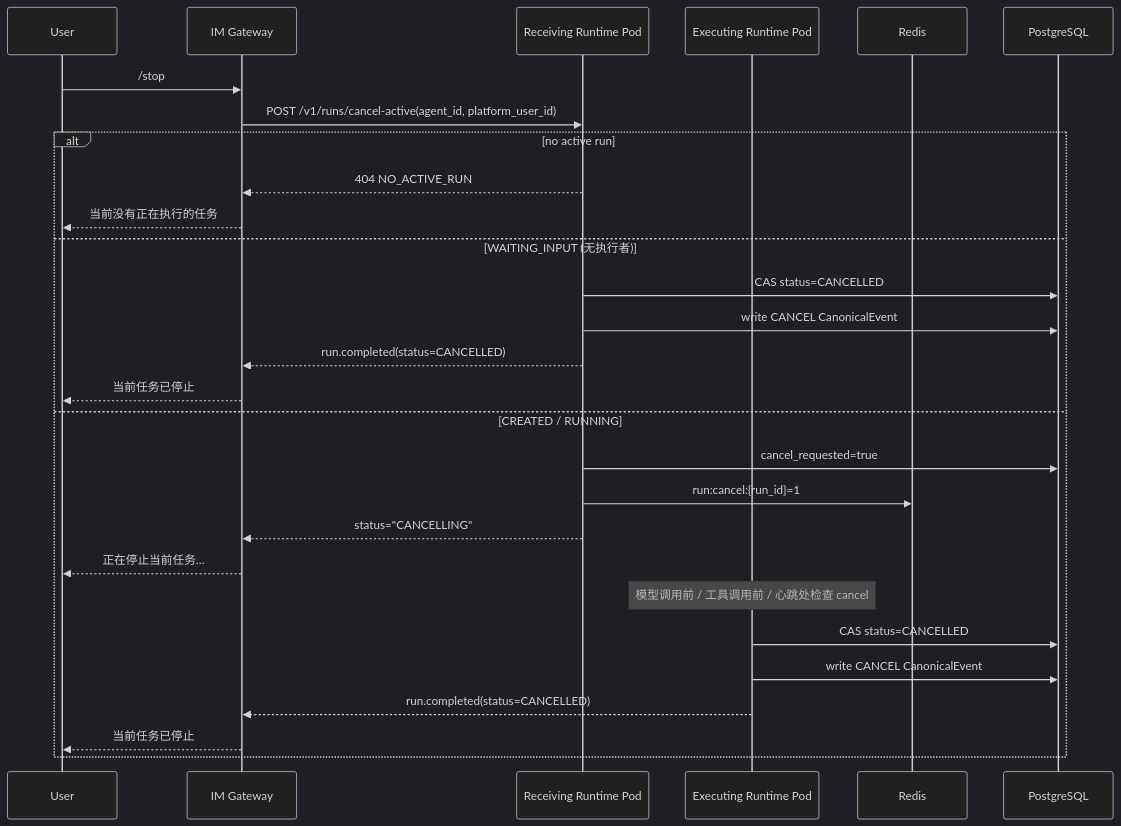
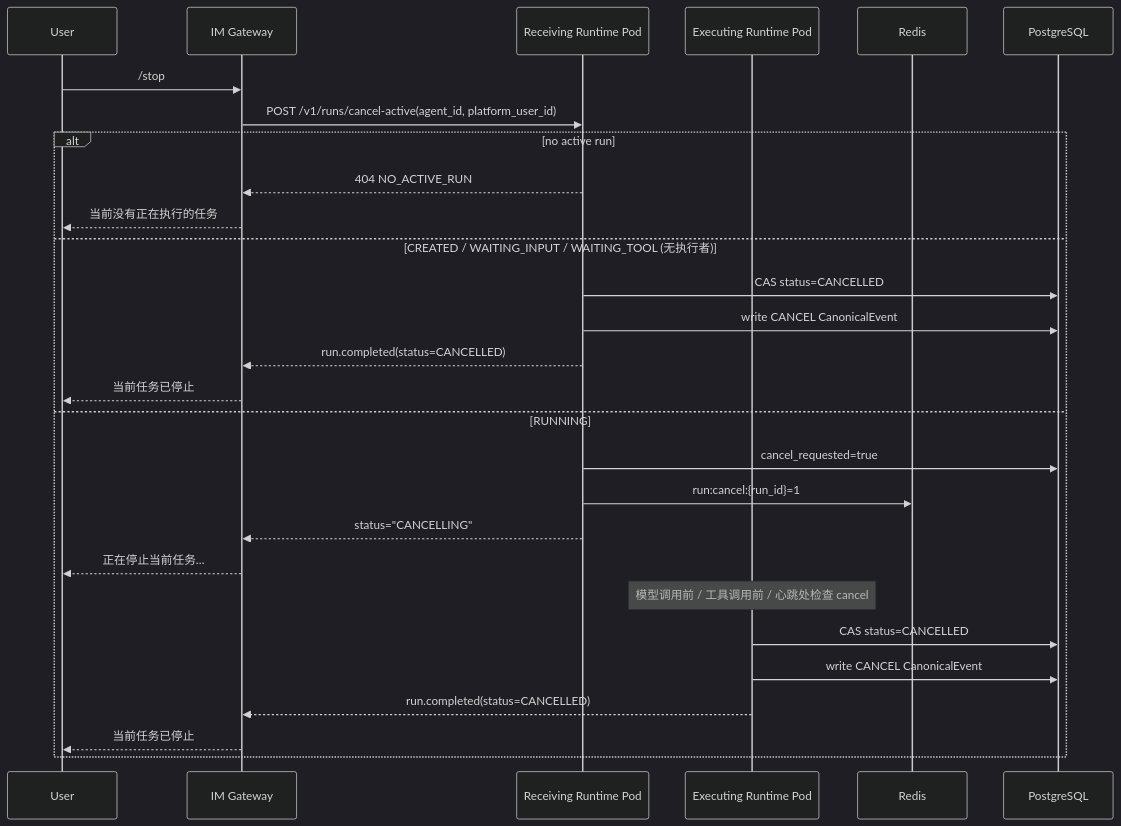
One commit to Michaelxwb/fluxion-harness changed the seventh of 22 diagrams in docs/08-关键流程时序与状态机详细设计.md. Above: the diagram before and after it, drawn with Mermaid (dark theme). The commit also changed other lines of this file and 5 other files, not shown here.

````diff
--- a/docs/08-关键流程时序与状态机详细设计.md
+++ b/docs/08-关键流程时序与状态机详细设计.md
@@ -193,31 +193,31 @@
 ```mermaid
 sequenceDiagram
     participant U as User
     participant IG as IM Gateway
     participant RP as Receiving Runtime Pod
     participant EP as Executing Runtime Pod
     participant RD as Redis
     participant PG as PostgreSQL
 
     U->>IG: /stop
     IG->>RP: POST /v1/runs/cancel-active(agent_id, platform_user_id)
     alt no active run
         RP-->>IG: 404 NO_ACTIVE_RUN
         IG-->>U: 当前没有正在执行的任务
-    else WAITING_INPUT (无执行者)
+    else CREATED / WAITING_INPUT / WAITING_TOOL (无执行者)
         RP->>PG: CAS status=CANCELLED
         RP->>PG: write CANCEL CanonicalEvent
         RP-->>IG: run.completed(status=CANCELLED)
         IG-->>U: 当前任务已停止
-    else CREATED / RUNNING
+    else RUNNING
         RP->>PG: cancel_requested=true
         RP->>RD: run:cancel:{run_id}=1
         RP-->>IG: status="CANCELLING"
         IG-->>U: 正在停止当前任务…
         Note over EP: 模型调用前 / 工具调用前 / 心跳处检查 cancel
         EP->>PG: CAS status=CANCELLED
         EP->>PG: write CANCEL CanonicalEvent
         EP-->>IG: run.completed(status=CANCELLED)
         IG-->>U: 当前任务已停止
     end
 ```
````
